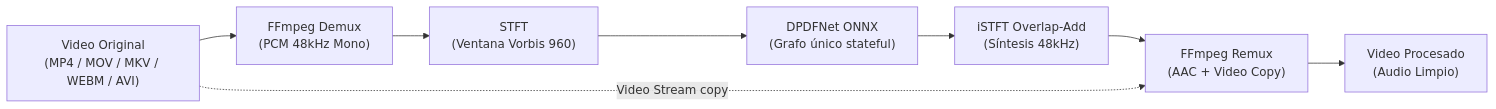
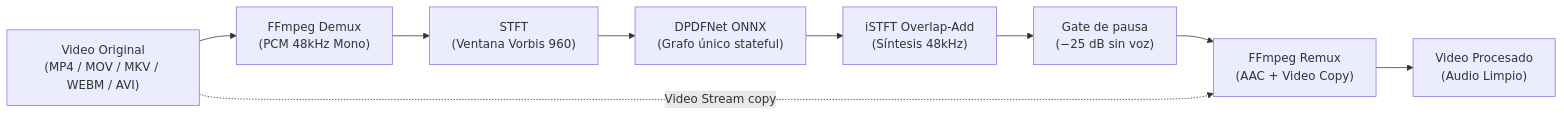
The diagram in README.md (CristianRojas-SoftwareEngineer/Denoise), drawn with Mermaid before and after one commit. The commit also changed other lines of this file and 5 other files, not shown here.

````diff
--- a/README.md
+++ b/README.md
@@ -271,10 +271,11 @@
 ```mermaid
 flowchart LR
   A["Video Original<br/>(MP4 / MOV / MKV / WEBM / AVI)"] --> B["FFmpeg Demux<br/>(PCM 48kHz Mono)"]
  B --> C["STFT<br/>(Ventana Vorbis 960)"]
  C --> D["DPDFNet ONNX<br/>(Grafo único stateful)"]
  D --> E["iSTFT Overlap-Add<br/>(Síntesis 48kHz)"]
-  E --> F["FFmpeg Remux<br/>(AAC + Video Copy)"]
+  E --> E2["Gate de pausa<br/>(−25 dB sin voz)"]
+  E2 --> F["FFmpeg Remux<br/>(AAC + Video Copy)"]
   A -.->|Video Stream copy| F
   F --> G["Video Procesado<br/>(Audio Limpio)"]
 ```
````
